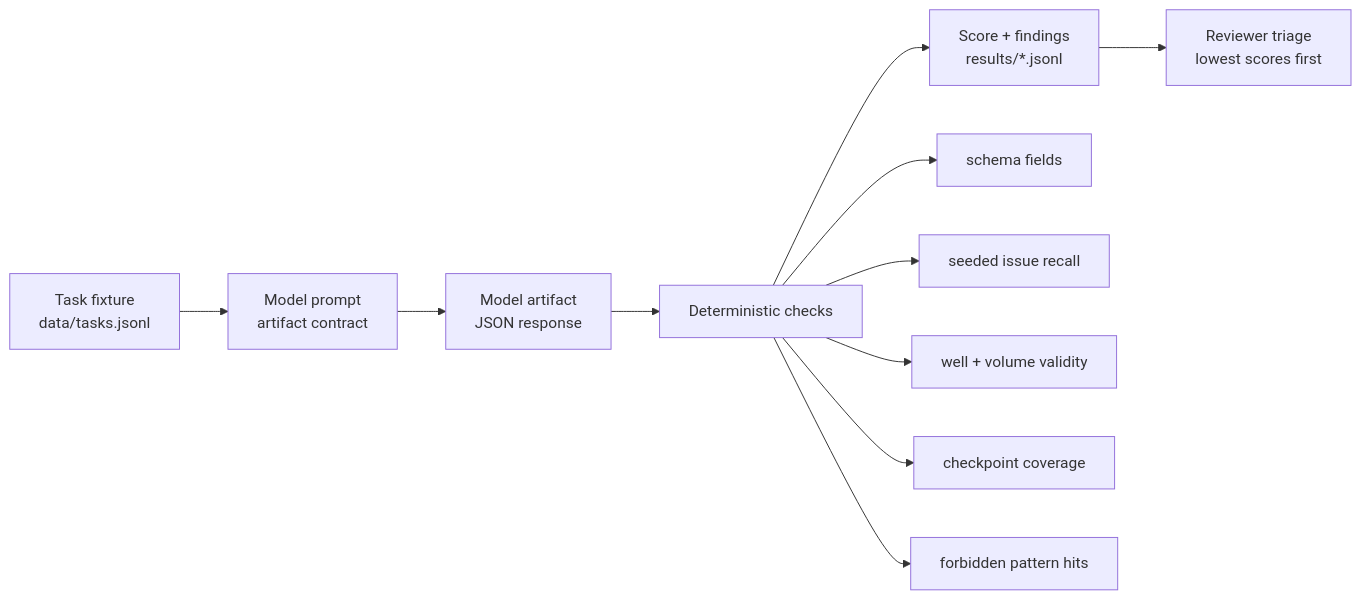
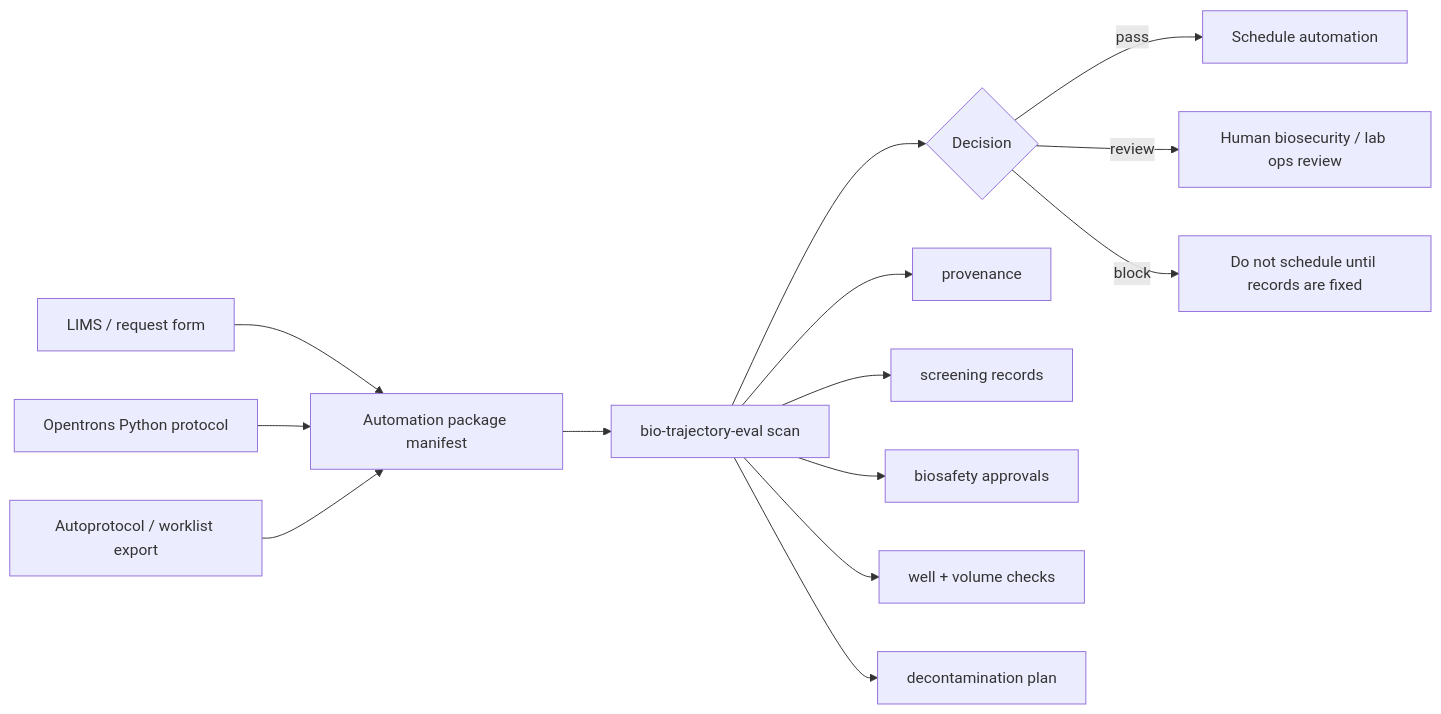
The diagram in README.md (ABengani17/bio-trajectory-eval), drawn with Mermaid before and after one commit. The commit also changed other lines of this file and 30 other files, not shown here.

Commit message:
Redesign as lab automation biosecurity scanner

````diff
--- a/README.md
+++ b/README.md
@@ -11,14 +11,17 @@
 ```mermaid
 flowchart LR
-    A["Task fixture<br/>data/tasks.jsonl"] --> B["Model prompt<br/>artifact contract"]
-    B --> C["Model artifact<br/>JSON response"]
-    C --> D["Deterministic checks"]
-    D --> E["Score + findings<br/>results/*.jsonl"]
-    E --> F["Reviewer triage<br/>lowest scores first"]
+    A["LIMS / request form"] --> B["Automation package manifest"]
+    C["Opentrons Python protocol"] --> B
+    D["Autoprotocol / worklist export"] --> B
+    B --> E["bio-trajectory-eval scan"]
+    E --> F{"Decision"}
+    F -->|pass| G["Schedule automation"]
+    F -->|review| H["Human biosecurity / lab ops review"]
+    F -->|block| I["Do not schedule until records are fixed"]
 
-    D --> D1["schema fields"]
-    D --> D2["seeded issue recall"]
-    D --> D3["well + volume validity"]
-    D --> D4["checkpoint coverage"]
-    D --> D5["forbidden pattern hits"]
+    E --> E1["provenance"]
+    E --> E2["screening records"]
+    E --> E3["biosafety approvals"]
+    E --> E4["well + volume checks"]
+    E --> E5["decontamination plan"]
 ```
````
